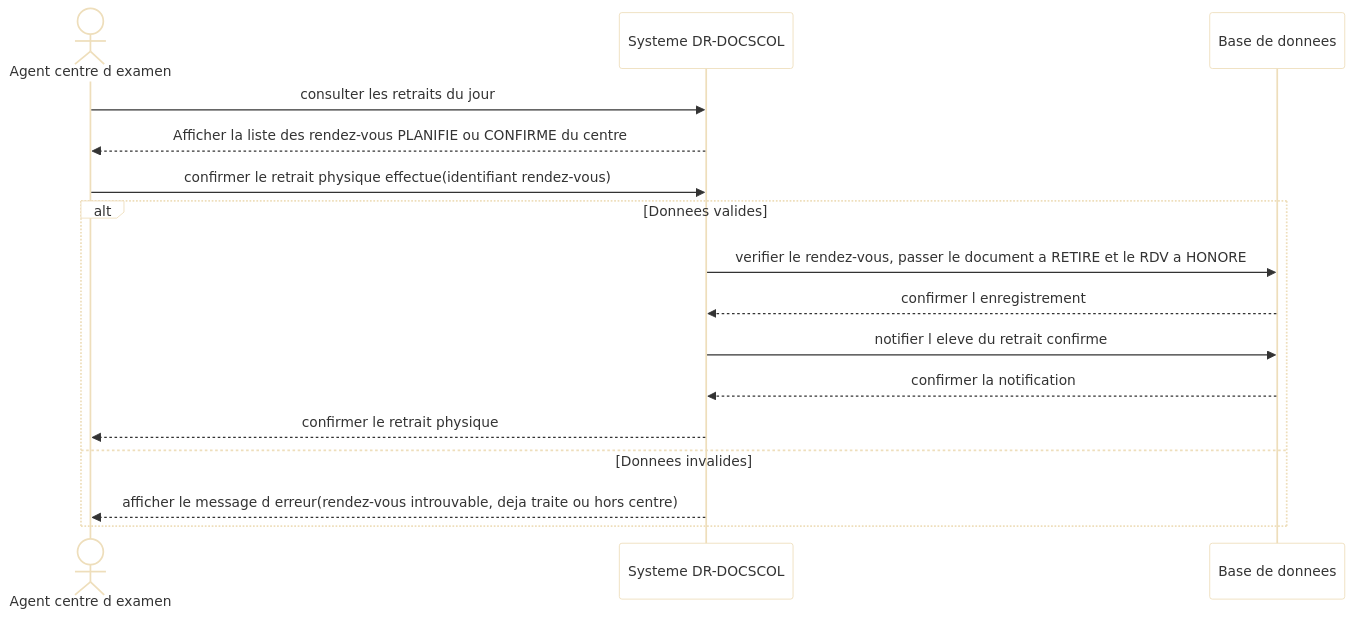
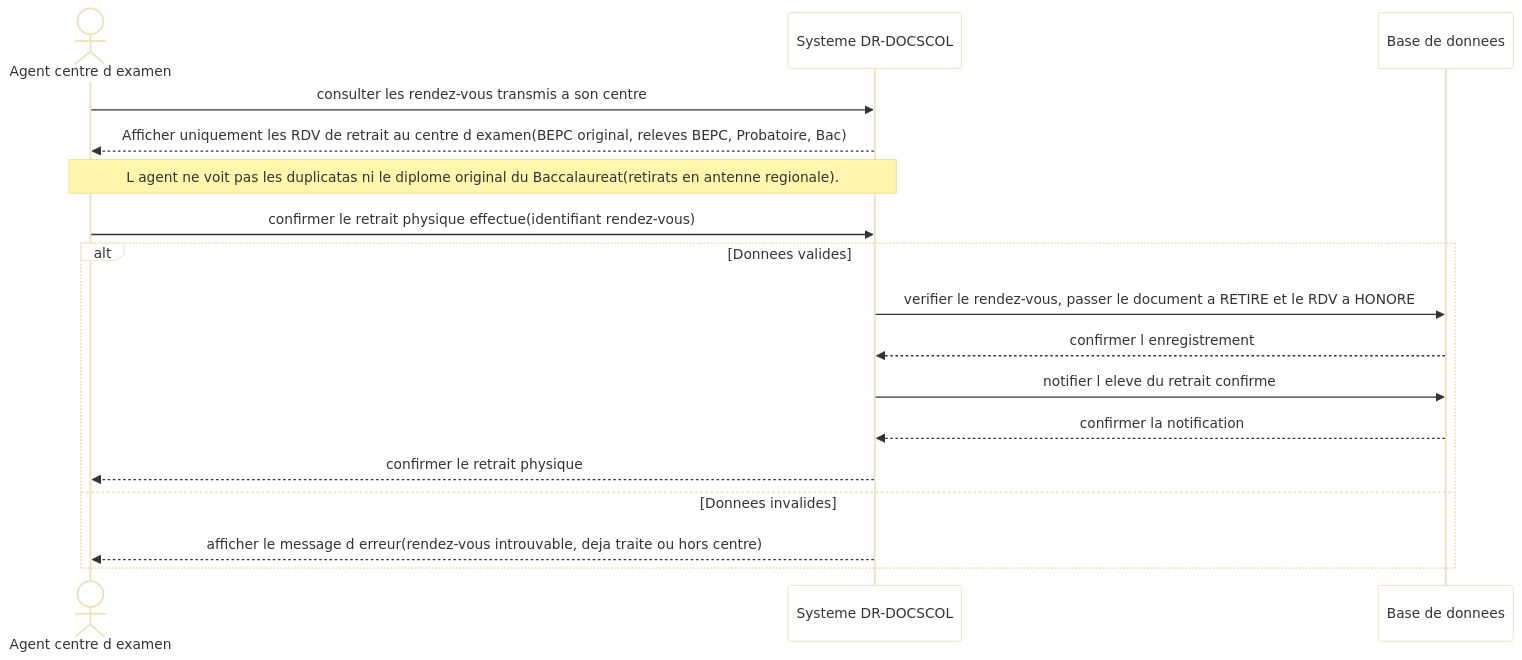
The diagram in docs/diagrammes-mermaid/sequence-08-retrait-physique-v3-soutenance.mmd (yoppanjikamf/application-demande-document-academique), drawn with Mermaid before and after one commit. The commit also changed 64 other files, not shown here.

```diff
--- a/docs/diagrammes-mermaid/sequence-08-retrait-physique-v3-soutenance.mmd
+++ b/docs/diagrammes-mermaid/sequence-08-retrait-physique-v3-soutenance.mmd
@@ -1,19 +1,22 @@
 %%{init: {"theme": "base", "themeVariables": {"darkMode": false, "background": "#ffffff", "mainBkg": "#ffffff", "secondaryBkg": "#ffffff", "tertiaryBkg": "#ffffff", "fontFamily": "Arial", "fontSize": "18px", "textColor": "#333333", "lineColor": "#333333", "signalColor": "#333333", "signalTextColor": "#333333"}}}%%
 sequenceDiagram
     actor Agent as Agent centre d examen
     participant Sys as Systeme DR-DOCSCOL
     participant DB as Base de donnees
 
-    Agent->>Sys: consulter les retraits du jour
-    Sys-->>Agent: Afficher la liste des rendez-vous PLANIFIE ou CONFIRME du centre
+    Agent->>Sys: consulter les rendez-vous transmis a son centre
+    Sys-->>Agent: Afficher uniquement les RDV de retrait au centre d examen(BEPC original, releves BEPC, Probatoire, Bac)
+
+    Note over Agent,Sys: L agent ne voit pas les duplicatas ni le diplome original du Baccalaureat(retirats en antenne regionale).
+
     Agent->>Sys: confirmer le retrait physique effectue(identifiant rendez-vous)
 
     alt Donnees valides
         Sys->>DB: verifier le rendez-vous, passer le document a RETIRE et le RDV a HONORE
         DB-->>Sys: confirmer l enregistrement
         Sys->>DB: notifier l eleve du retrait confirme
         DB-->>Sys: confirmer la notification
         Sys-->>Agent: confirmer le retrait physique
     else Donnees invalides
         Sys-->>Agent: afficher le message d erreur(rendez-vous introuvable, deja traite ou hors centre)
     end
```
